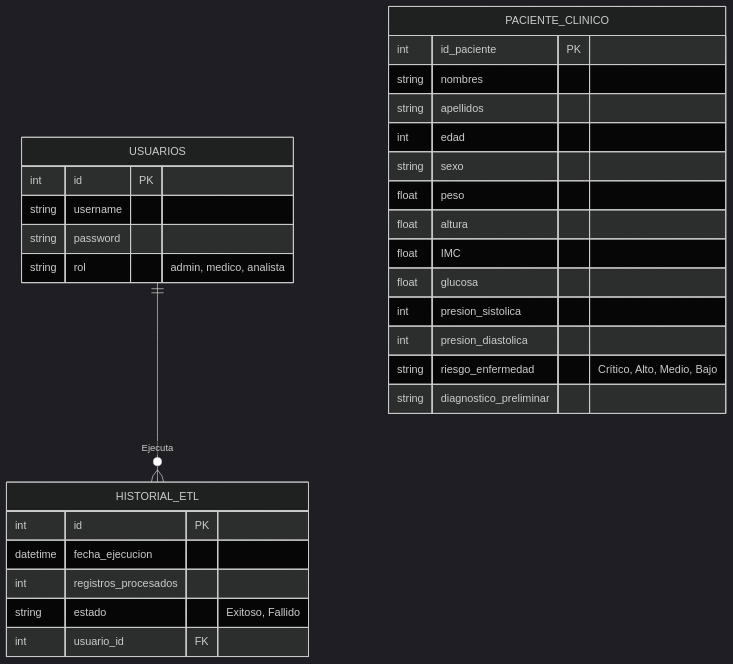
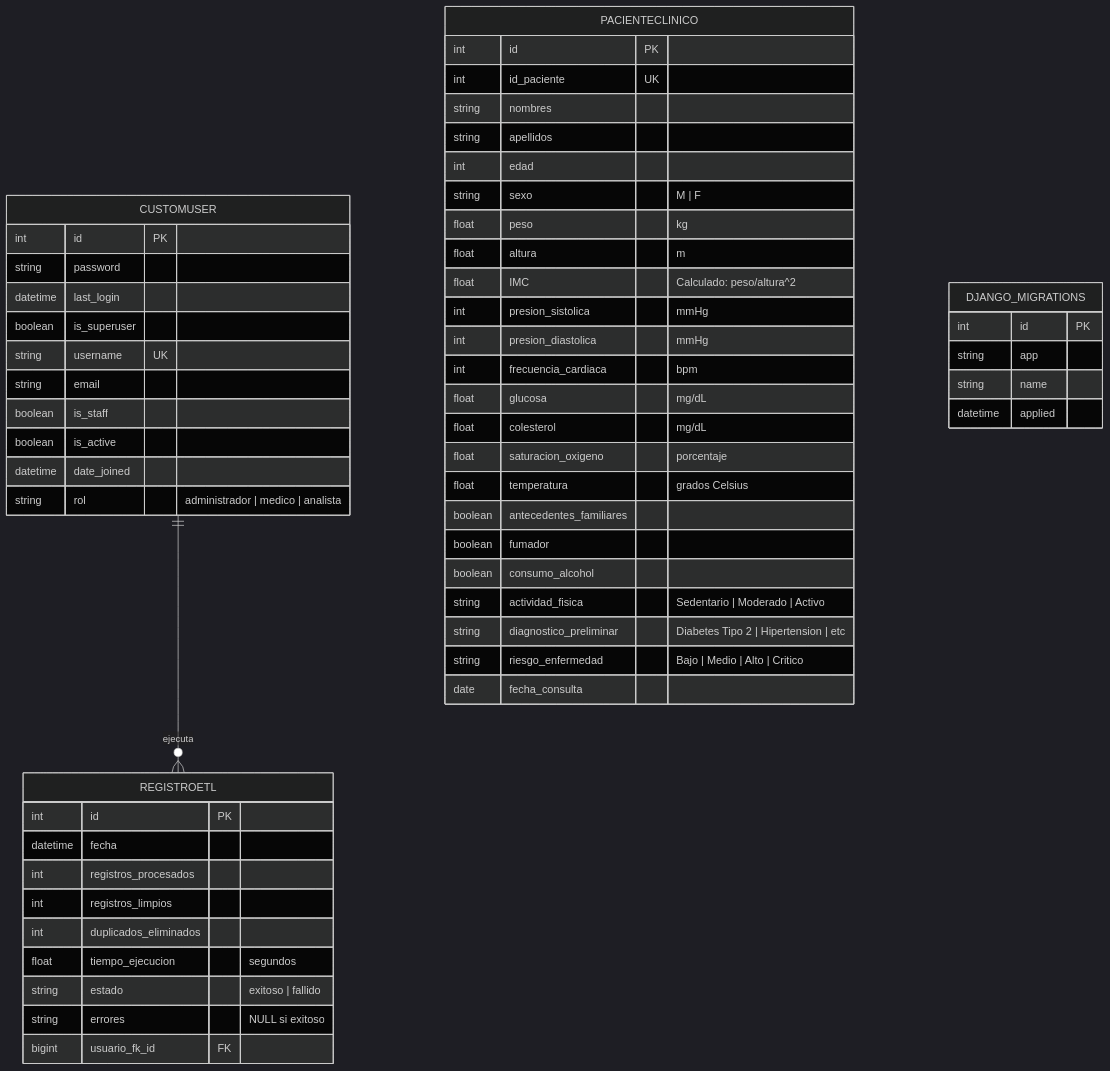
One commit to ivanch1-23/healthcare changed the fourth of 6 diagrams in healthcare-etl-platform/Entregables/05_Diagramas_Arquitectura.md. Above: the diagram before and after it, drawn with Mermaid (dark theme). The commit also changed other lines of this file and 5 other files, not shown here.

Commit message:
Add comprehensive deliverable documentation: codification, ETL evidence, technical docs, user manual, diagrams, and ML evidence

````diff
--- a/healthcare-etl-platform/Entregables/05_Diagramas_Arquitectura.md
+++ b/healthcare-etl-platform/Entregables/05_Diagramas_Arquitectura.md
@@ -33,35 +174,61 @@
 ```mermaid
 erDiagram
-    USUARIOS {
+    CUSTOMUSER ||--o{ REGISTROETL : ejecuta
+    CUSTOMUSER {
         int id PK
-        string username
         string password
-        string rol "admin, medico, analista"
+        datetime last_login
+        boolean is_superuser
+        string username UK
+        string email
+        boolean is_staff
+        boolean is_active
+        datetime date_joined
+        string rol "administrador | medico | analista"
     }
-    
-    PACIENTE_CLINICO {
-        int id_paciente PK
+
+    PACIENTECLINICO {
+        int id PK
+        int id_paciente UK
         string nombres
         string apellidos
         int edad
-        string sexo
-        float peso
-        float altura
-        float IMC
-        float glucosa
-        int presion_sistolica
-        int presion_diastolica
-        string riesgo_enfermedad "Crítico, Alto, Medio, Bajo"
-        string diagnostico_preliminar
-    }
-    
-    HISTORIAL_ETL {
-        int id PK
-        datetime fecha_ejecucion
-        int registros_procesados
-        string estado "Exitoso, Fallido"
-        int usuario_id FK
+        string sexo "M | F"
+        float peso "kg"
+        float altura "m"
+        float IMC "Calculado: peso/altura^2"
+        int presion_sistolica "mmHg"
+        int presion_diastolica "mmHg"
+        int frecuencia_cardiaca "bpm"
+        float glucosa "mg/dL"
+        float colesterol "mg/dL"
+        float saturacion_oxigeno "porcentaje"
+        float temperatura "grados Celsius"
+        boolean antecedentes_familiares
+        boolean fumador
+        boolean consumo_alcohol
+        string actividad_fisica "Sedentario | Moderado | Activo"
+        string diagnostico_preliminar "Diabetes Tipo 2 | Hipertension | etc"
+        string riesgo_enfermedad "Bajo | Medio | Alto | Critico"
+        date fecha_consulta
     }
 
-    USUARIOS ||--o{ HISTORIAL_ETL : "Ejecuta"
+    REGISTROETL {
+        int id PK
+        datetime fecha
+        int registros_procesados
+        int registros_limpios
+        int duplicados_eliminados
+        float tiempo_ejecucion "segundos"
+        string estado "exitoso | fallido"
+        string errores "NULL si exitoso"
+        bigint usuario_fk_id FK
+    }
+
+    DJANGO_MIGRATIONS {
+        int id PK
+        string app
+        string name
+        datetime applied
+    }
 ```
````
